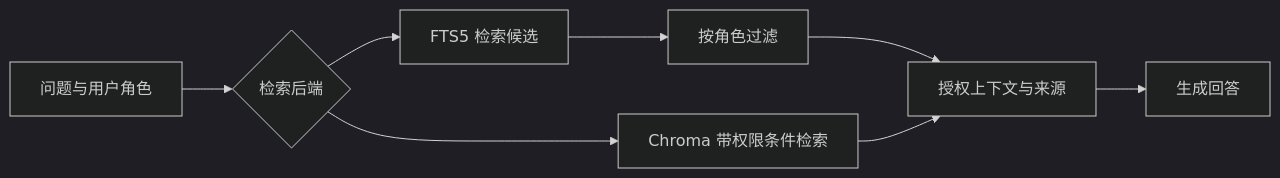
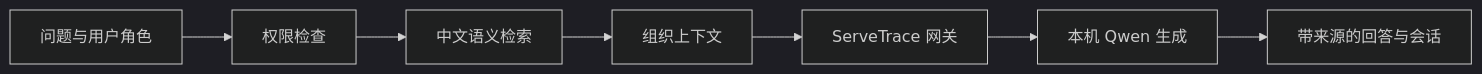
Before and after one commit to suiyisuixing/ai-product-portfolio: the diagram in cases/appliedai-platform.md, drawn with Mermaid (dark theme). The commit also changed other lines of this file and 16 other files, not shown here.

Commit message:
docs: update AppliedAI and ServeTrace cases with real local-model screenshots

````diff
--- a/cases/appliedai-platform.md
+++ b/cases/appliedai-platform.md
@@ -27,10 +31,9 @@
 ```mermaid
 flowchart LR
-    A[问题与用户角色] --> B{检索后端}
-    B --> C[FTS5 检索候选]
-    C --> D[按角色过滤]
-    B --> E[Chroma 带权限条件检索]
-    D --> F[授权上下文与来源]
-    E --> F
-    F --> G[生成回答]
+    A[问题与用户角色] --> B[权限检查]
+    B --> C[中文语义检索]
+    C --> D[组织上下文]
+    D --> E[ServeTrace 网关]
+    E --> F[本机 Qwen 生成]
+    F --> G[带来源的回答与会话]
 ```
````
